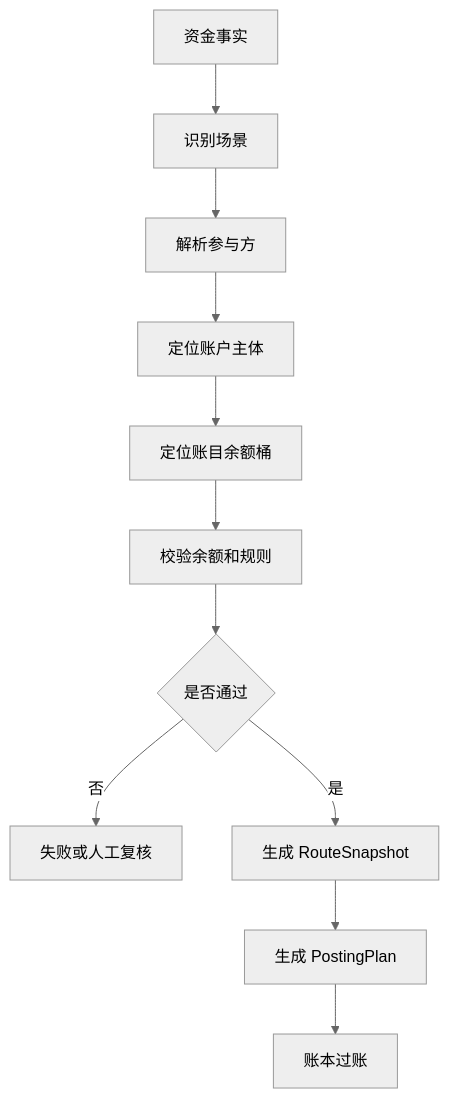
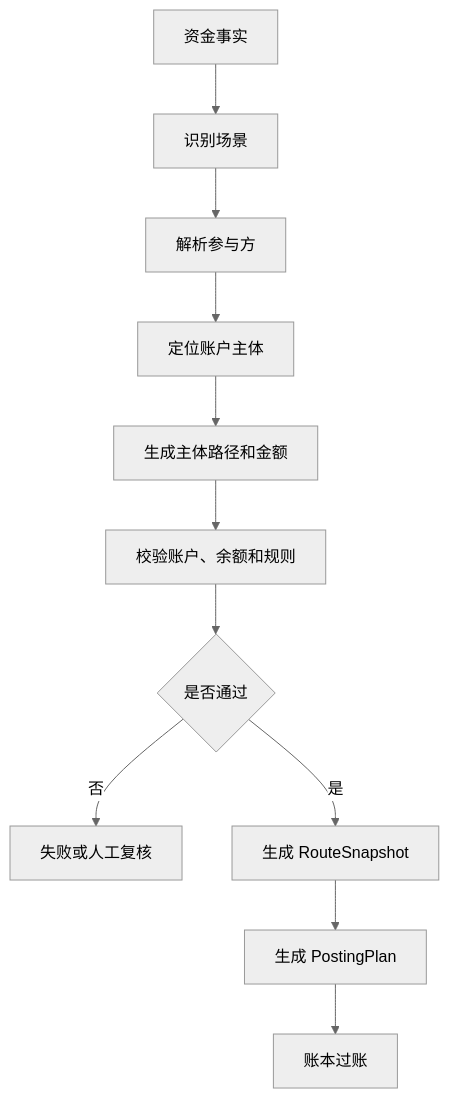
Before and after one commit to fengwuxp/wind-funds: the eighth of 21 diagrams in docs/产品设计/02-交易路由钱包账目与投影.md, drawn with Mermaid (neutral theme). The commit also changed other lines of this file and 53 other files, not shown here.

````diff
--- a/docs/产品设计/02-交易路由钱包账目与投影.md
+++ b/docs/产品设计/02-交易路由钱包账目与投影.md
@@ -889,13 +888,13 @@
 ```mermaid
 flowchart TD
     A["资金事实"] --> B["识别场景"]
     B --> C["解析参与方"]
     C --> D["定位账户主体"]
-    D --> E["定位账目余额桶"]
-    E --> F["校验余额和规则"]
+    D --> E["生成主体路径和金额"]
+    E --> F["校验账户、余额和规则"]
     F --> G{"是否通过"}
     G -- "否" --> H["失败或人工复核"]
     G -- "是" --> I["生成 RouteSnapshot"]
     I --> J["生成 PostingPlan"]
     J --> K["账本过账"]
 ```
````
